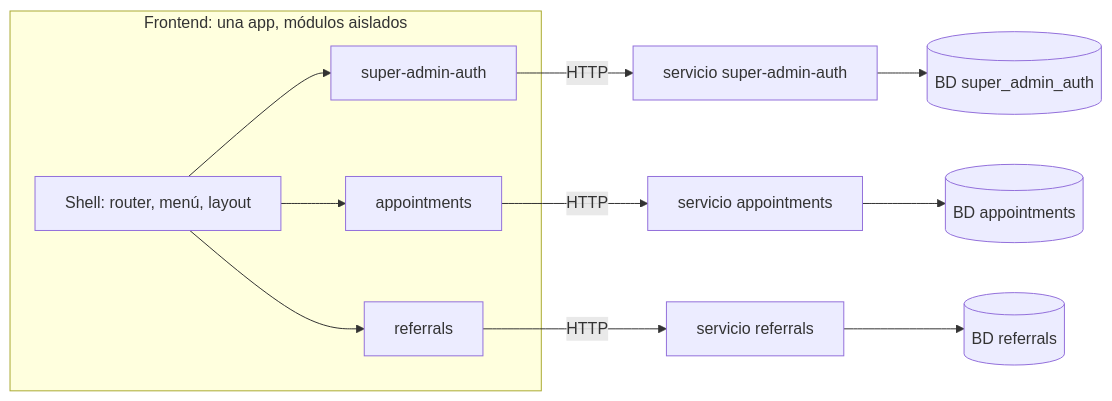
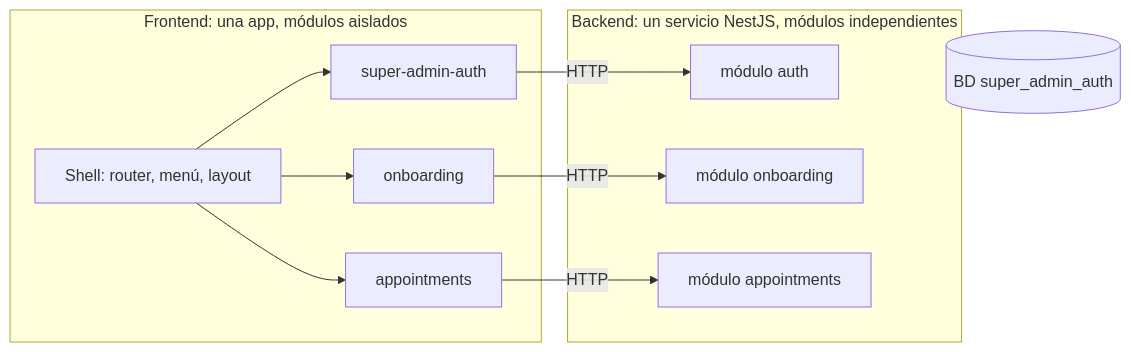
The diagram in docs/arquitectura.md (STT-Software/framework-modular), drawn with Mermaid before and after one commit. The commit also changed other lines of this file and 98 other files, not shown here.

First line of the commit message:
refactor: backend como monolito modular (necto-api) con onboarding como módulo

````diff
--- a/docs/arquitectura.md
+++ b/docs/arquitectura.md
@@ -47,15 +52,18 @@
 ```mermaid
 flowchart LR
   subgraph Front["Frontend: una app, módulos aislados"]
     SH["Shell: router, menú, layout"]
     SH --> F1[super-admin-auth]
-    SH --> F2[appointments]
-    SH --> F3[referrals]
+    SH --> F2[onboarding]
+    SH --> F3[appointments]
   end
-  F1 -- HTTP --> S1["servicio super-admin-auth"]
-  F2 -- HTTP --> S2["servicio appointments"]
-  F3 -- HTTP --> S3["servicio referrals"]
-  S1 --> D1[("BD super_admin_auth")]
-  S2 --> D2[("BD appointments")]
-  S3 --> D3[("BD referrals")]
+  subgraph Back["Backend: un servicio NestJS, módulos independientes"]
+    M1["módulo auth"]
+    M2["módulo onboarding"]
+    M3["módulo appointments"]
+  end
+  F1 -- HTTP --> M1
+  F2 -- HTTP --> M2
+  F3 -- HTTP --> M3
+  Back --> D[("BD super_admin_auth")]
 ```
````
